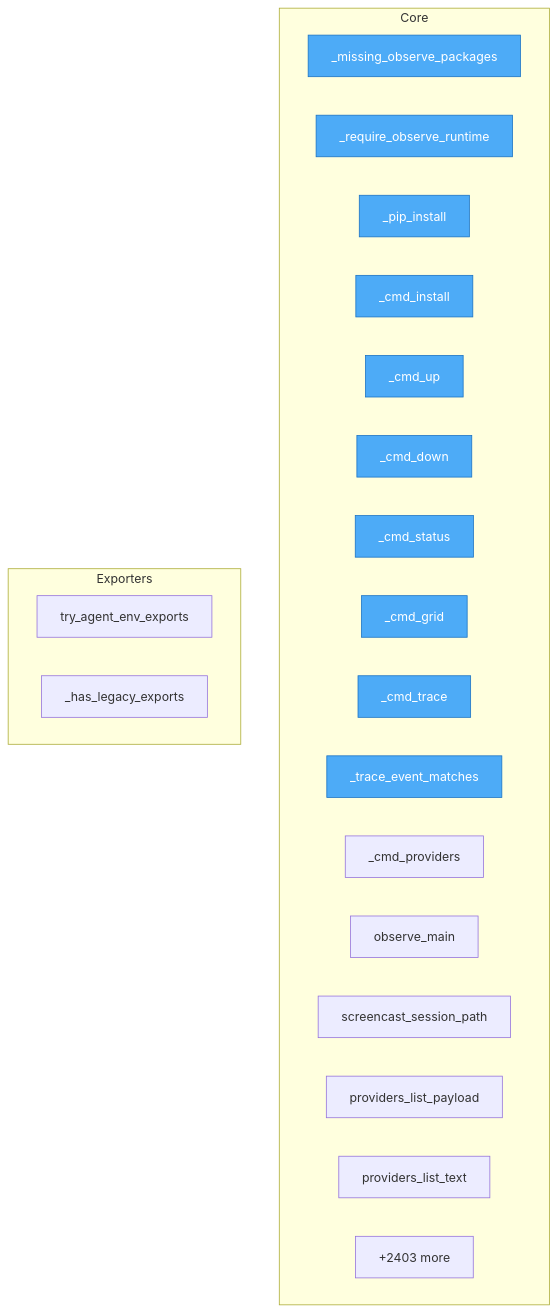
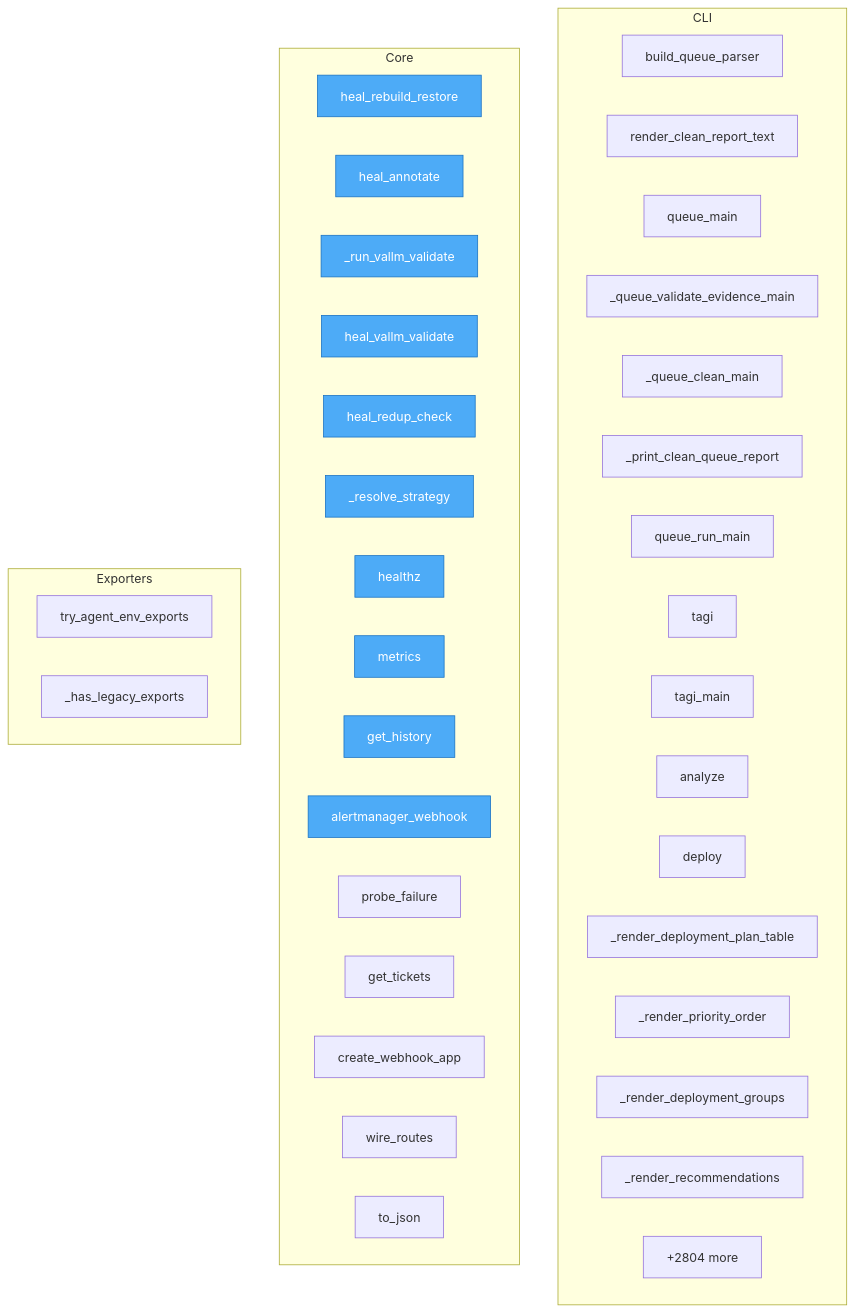
Before and after one commit to semcod/koru: the diagram in project/flow.mmd, drawn with Mermaid. The commit also changed 34 other files, not shown here.

```diff
--- a/project/flow.mmd
+++ b/project/flow.mmd
@@ -1,30 +1,50 @@
 flowchart TD
+%% generated in 0.12s
 
     %% Entry points (blue)
     classDef entry fill:#4dabf7,stroke:#1971c2,color:#fff
 
+    subgraph CLI
+        koru__cli_queue__build_queue_parser["build_queue_parser"]
+        koru__cli_queue__render_clean_report_text["render_clean_report_text"]
+        koru__cli_queue__queue_main["queue_main"]
+        koru__cli_queue___queue_validate_evidence_main["_queue_validate_evidence_main"]
+        koru__cli_queue___queue_clean_main["_queue_clean_main"]
+        koru__cli_queue___print_clean_queue_report["_print_clean_queue_report"]
+        koru__cli_queue__queue_run_main["queue_run_main"]
+        koru__cli_tagi__tagi["tagi"]
+        koru__cli_tagi__tagi_main["tagi_main"]
+        koru__cli_tagi__analyze["analyze"]
+        koru__cli_tagi__deploy["deploy"]
+        koru__cli_tagi___render_deployment_plan_table["_render_deployment_plan_table"]
+        koru__cli_tagi___render_priority_order["_render_priority_order"]
+        koru__cli_tagi___render_deployment_groups["_render_deployment_groups"]
+        koru__cli_tagi___render_recommendations["_render_recommendations"]
+        ...["+15 more"]
+    end
+
     subgraph Core
-        src__koruobserve__cli___missing_observe_packages["_missing_observe_packages"]
-        src__koruobserve__cli___require_observe_runtime["_require_observe_runtime"]
-        src__koruobserve__cli___pip_install["_pip_install"]
-        src__koruobserve__cli___cmd_install["_cmd_install"]
-        src__koruobserve__cli___cmd_up["_cmd_up"]
-        src__koruobserve__cli___cmd_down["_cmd_down"]
-        src__koruobserve__cli___cmd_status["_cmd_status"]
-        src__koruobserve__cli___cmd_grid["_cmd_grid"]
-        src__koruobserve__cli___cmd_trace["_cmd_trace"]
-        src__koruobserve__cli___trace_event_matches["_trace_event_matches"]
-        src__koruobserve__cli___cmd_providers["_cmd_providers"]
-        src__koruobserve__cli__observe_main["observe_main"]
-        src__koruobserve__providers_cli__screencast_session_path["screencast_session_path"]
-        src__koruobserve__providers_cli__providers_list_payload["providers_list_payload"]
-        src__koruobserve__providers_cli__providers_list_text["providers_list_text"]
-        ...["+2403 more"]
+        services__healing_webhook__app__heal_rebuild_restore["heal_rebuild_restore"]
+        services__healing_webhook__app__heal_annotate["heal_annotate"]
+        services__healing_webhook__app___run_vallm_validate["_run_vallm_validate"]
+        services__healing_webhook__app__heal_vallm_validate["heal_vallm_validate"]
+        services__healing_webhook__app__heal_redup_check["heal_redup_check"]
+        services__healing_webhook__app___resolve_strategy["_resolve_strategy"]
+        services__healing_webhook__app__healthz["healthz"]
+        services__healing_webhook__app__metrics["metrics"]
+        services__healing_webhook__app__get_history["get_history"]
+        services__healing_webhook__app__alertmanager_webhook["alertmanager_webhook"]
+        services__healing_webhook__app__probe_failure["probe_failure"]
+        services__healing_webhook__app__get_tickets["get_tickets"]
+        services__healing_webhook__app_bootstrap__create_webhook_app["create_webhook_app"]
+        services__healing_webhook__app_bootstrap__wire_routes["wire_routes"]
+        src__koruobserve__lifecycle__ObserveProcesses__to_json["to_json"]
+        ...["+2804 more"]
     end
 
     subgraph Exporters
         src__koru__agent_cli_helpers__try_agent_env_exports["try_agent_env_exports"]
         src__koru__cli___has_legacy_exports["_has_legacy_exports"]
     end
 
-    class src__koruobserve__cli___missing_observe_packages,src__koruobserve__cli___require_observe_runtime,src__koruobserve__cli___pip_install,src__koruobserve__cli___cmd_install,src__koruobserve__cli___cmd_up,src__koruobserve__cli___cmd_down,src__koruobserve__cli___cmd_status,src__koruobserve__cli___cmd_grid,src__koruobserve__cli___cmd_trace,src__koruobserve__cli___trace_event_matches entry
+    class services__healing_webhook__app__heal_rebuild_restore,services__healing_webhook__app__heal_annotate,services__healing_webhook__app___run_vallm_validate,services__healing_webhook__app__heal_vallm_validate,services__healing_webhook__app__heal_redup_check,services__healing_webhook__app___resolve_strategy,services__healing_webhook__app__healthz,services__healing_webhook__app__metrics,services__healing_webhook__app__get_history,services__healing_webhook__app__alertmanager_webhook entry
```
